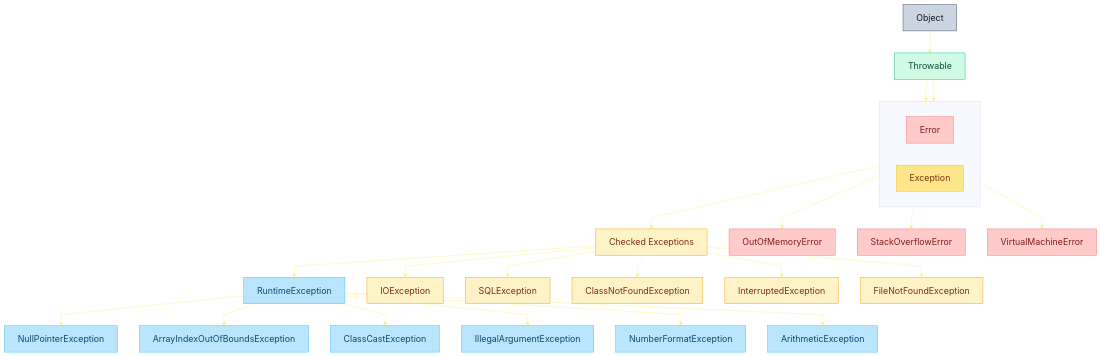
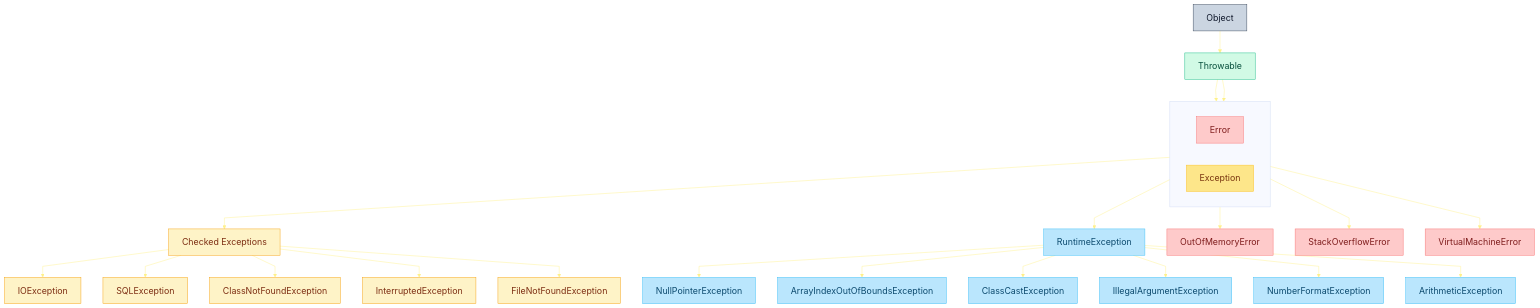
One commit to jeongmo-bae/java-daily-study changed the diagram in til/2-3-exception-handling.md. Above: the diagram before and after it, drawn with Mermaid.

Commit message:
docs : upload TIL 2-3-exception-handling.md

````diff
--- a/til/2-3-exception-handling.md
+++ b/til/2-3-exception-handling.md
@@ -4,56 +4,57 @@
 ```mermaid
 %%{init:{
   "flowchart":{"curve":"linear"},
   "theme":"base",
   "themeVariables":{
     "fontSize":"20px",
     "lineColor":"#fef08a"
   }
 }}%%
 
 graph TD
-    %% 1) 상단 루트
+    %% 위→아래 기본 흐름
     O[Object]:::root
     O --> T[Throwable]:::throwable
 
-    %% 2) 두번째 줄: Error = Exception (좌우 배치)
-    subgraph ROW2[ ]
+    %% 같은 높이에 Error / Exception (연결은 T->E, T->X 그대로)
+    subgraph SAME_ROW[ ]
     direction LR
         E[Error]:::error
         X[Exception]:::exception
     end
     T --> E
     T --> X
 
-    %% 3) 세번째/네번째 줄: Checked -> Runtime (세로 체인, 가로폭 축소)
+    %% Exception 아래에 Checked 먼저, 그 아래 Runtime (연결은 X->C, X->R 그대로)
     X --> C[Checked Exceptions]:::checked
-    C --> R[RuntimeException]:::runtime
+    X --> R[RuntimeException]:::runtime
 
-    %% 4) Error의 자식들(세로로)
+    %% 세로 폭 줄이기: 자식들은 각각 세로로 배치
+    %% Error children
     E --> E1[OutOfMemoryError]:::error
     E --> E2[StackOverflowError]:::error
     E --> E3[VirtualMachineError]:::error
 
-    %% 5) Runtime의 자식들(세로로)
+    %% Checked 대표 예시 (세로)
+    C --> C1[IOException]:::checked
+    C --> C2[SQLException]:::checked
+    C --> C3[ClassNotFoundException]:::checked
+    C --> C4[InterruptedException]:::checked
+    C --> C5[FileNotFoundException]:::checked
+
+    %% Runtime children (세로)
     R --> R1[NullPointerException]:::runtime
     R --> R2[ArrayIndexOutOfBoundsException]:::runtime
     R --> R3[ClassCastException]:::runtime
     R --> R4[IllegalArgumentException]:::runtime
     R --> R5[NumberFormatException]:::runtime
     R --> R6[ArithmeticException]:::runtime
 
-    %% 6) Checked의 대표 예시(세로로, 필요시)
-    C --> C1[IOException]:::checked
-    C --> C2[SQLException]:::checked
-    C --> C3[ClassNotFoundException]:::checked
-    C --> C4[InterruptedException]:::checked
-    C --> C5[FileNotFoundException]:::checked
-
-%% 스타일 정의 (파스텔톤)
+%% 스타일 정의 (네가 쓴 파스텔톤 유지)
     classDef root fill:#cbd5e1,stroke:#334155,color:#0f172a;
     classDef throwable fill:#d1fae5,stroke:#10b981,color:#064e3b;
     classDef error fill:#fecaca,stroke:#f87171,color:#7f1d1d;
     classDef exception fill:#fde68a,stroke:#fbbf24,color:#78350f;
     classDef runtime fill:#bae6fd,stroke:#38bdf8,color:#0c4a6e;
     classDef checked fill:#fef3c7,stroke:#f59e0b,color:#7c2d12;
 ```
````
